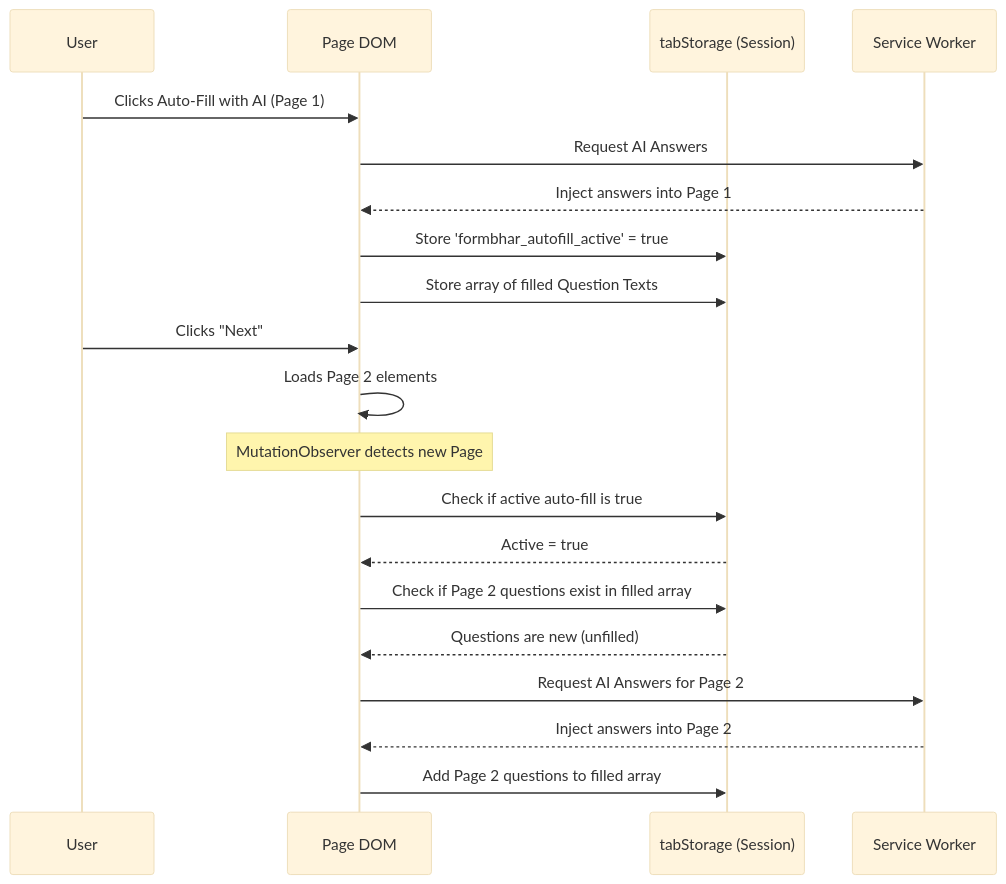
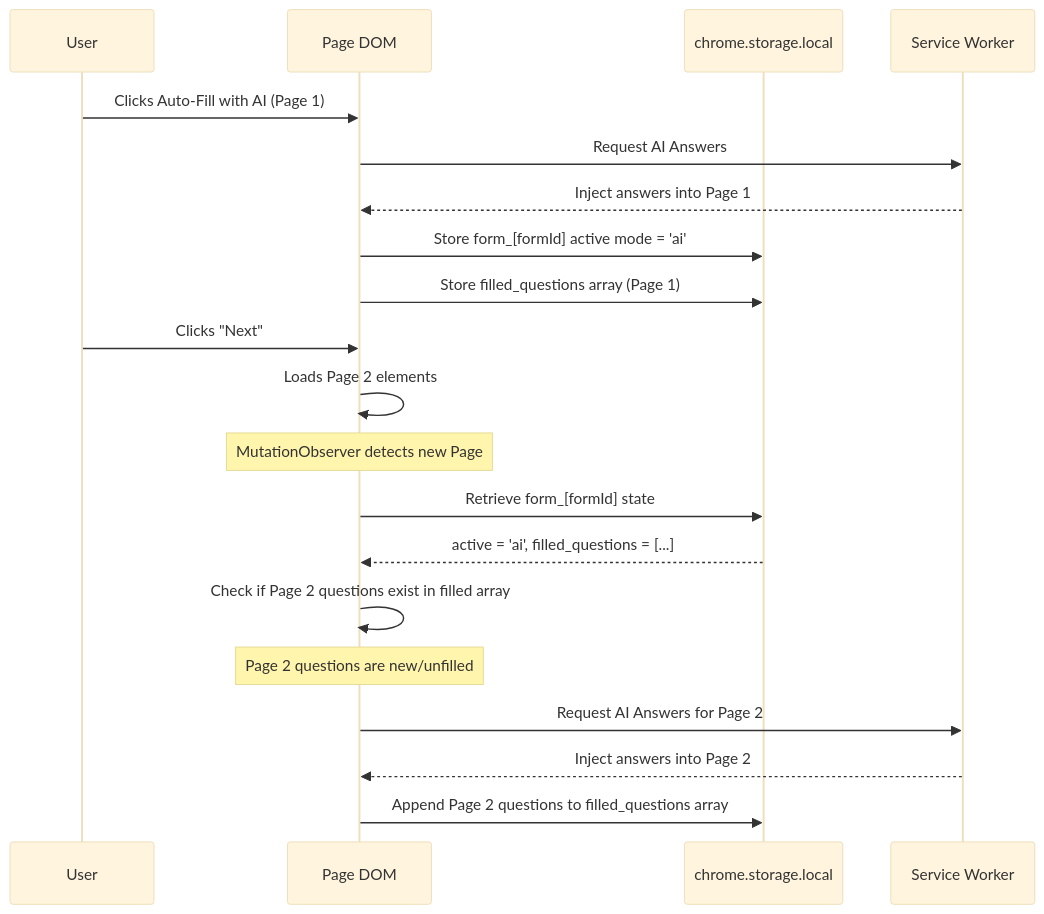
Before and after one commit to NotArsal/FormBhar: the third of 3 diagrams in README_DETAILED.md, drawn with Mermaid (base theme). The commit also changed other lines of this file, not shown here.

Commit message:
docs: add detailed system architecture diagram and execution lifecycle flowchart

````diff
--- a/README_DETAILED.md
+++ b/README_DETAILED.md
@@ -43,23 +171,23 @@
 ```mermaid
 sequenceDiagram
     participant User
     participant DOM as Page DOM
-    participant Session as tabStorage (Session)
+    participant Storage as chrome.storage.local
     participant Worker as Service Worker
     
     User->>DOM: Clicks Auto-Fill with AI (Page 1)
     DOM->>Worker: Request AI Answers
     Worker-->>DOM: Inject answers into Page 1
-    DOM->>Session: Store 'formbhar_autofill_active' = true
-    DOM->>Session: Store array of filled Question Texts
+    DOM->>Storage: Store form_[formId] active mode = 'ai'
+    DOM->>Storage: Store filled_questions array (Page 1)
     User->>DOM: Clicks "Next"
     DOM->>DOM: Loads Page 2 elements
     Note over DOM: MutationObserver detects new Page
-    DOM->>Session: Check if active auto-fill is true
-    Session-->>DOM: Active = true
-    DOM->>Session: Check if Page 2 questions exist in filled array
-    Session-->>DOM: Questions are new (unfilled)
+    DOM->>Storage: Retrieve form_[formId] state
+    Storage-->>DOM: active = 'ai', filled_questions = [...]
+    DOM->>DOM: Check if Page 2 questions exist in filled array
+    Note over DOM: Page 2 questions are new/unfilled
     DOM->>Worker: Request AI Answers for Page 2
     Worker-->>DOM: Inject answers into Page 2
-    DOM->>Session: Add Page 2 questions to filled array
+    DOM->>Storage: Append Page 2 questions to filled_questions array
 ```
````
